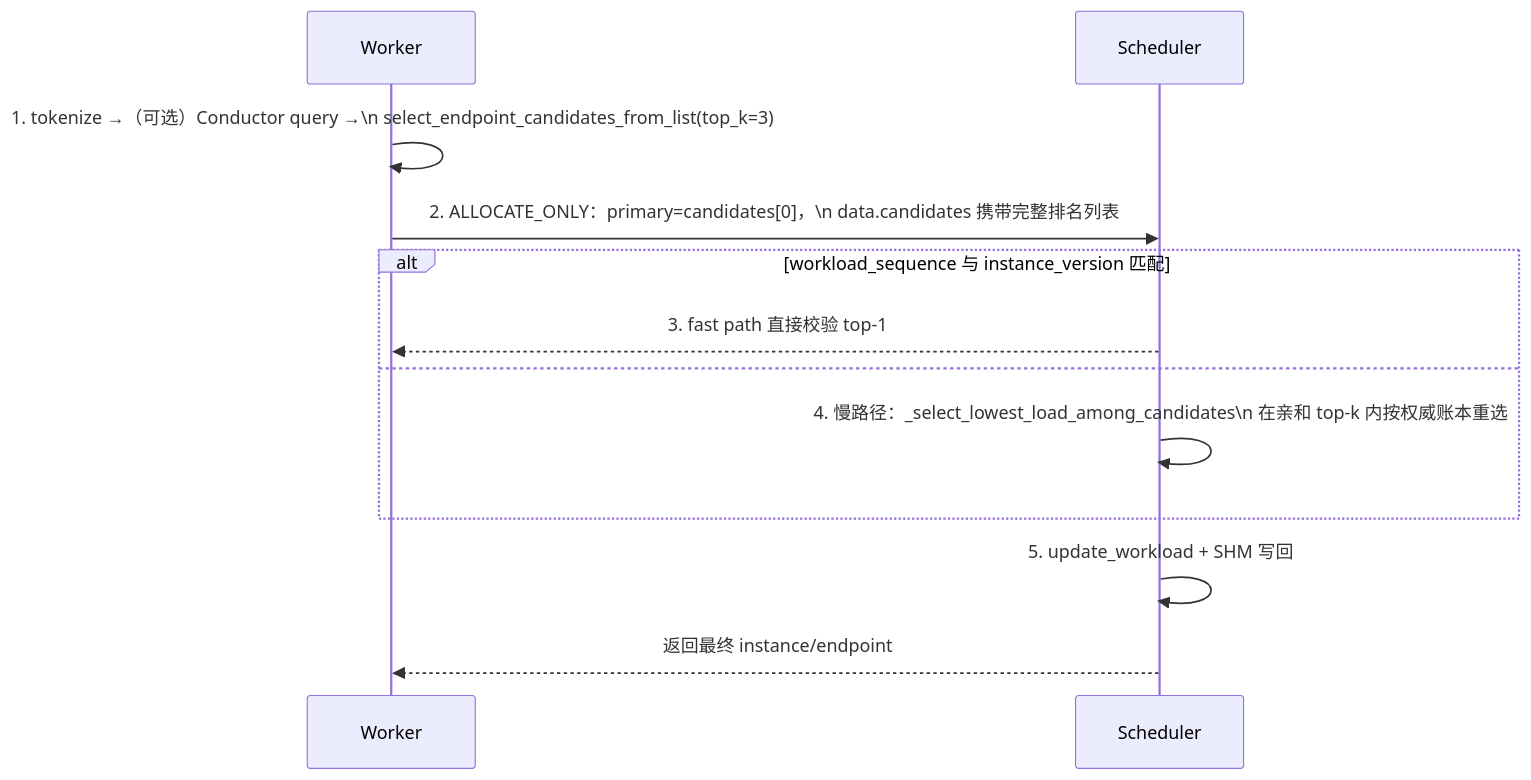
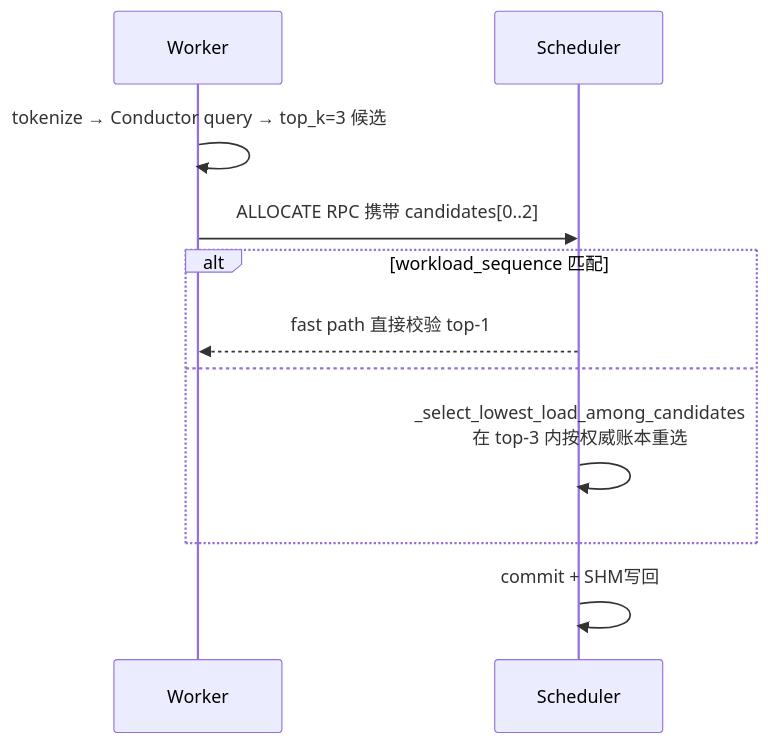
The second of 3 diagrams in docs/topics/kv-cache-affinity.md (Lyr-GW/interview-docs), drawn with Mermaid before and after one commit. The commit also changed other lines of this file and 19 other files, not shown here.

````diff
--- a/docs/topics/kv-cache-affinity.md
+++ b/docs/topics/kv-cache-affinity.md
@@ -352,15 +79,14 @@
 ```mermaid
 sequenceDiagram
     participant W as Worker
     participant S as Scheduler
 
-    W->>W: 1. tokenize →（可选）Conductor query →\n   select_endpoint_candidates_from_list(top_k=3)
-    W->>S: 2. ALLOCATE_ONLY：primary=candidates[0]，\n   data.candidates 携带完整排名列表
-    alt workload_sequence 与 instance_version 匹配
-        S-->>W: 3. fast path 直接校验 top-1
+    W->>W: tokenize → Conductor query → top_k=3 候选
+    W->>S: ALLOCATE RPC 携带 candidates[0..2]
+    alt workload_sequence 匹配
+        S-->>W: fast path 直接校验 top-1
     else
-        S->>S: 4. 慢路径：_select_lowest_load_among_candidates\n   在亲和 top-k 内按权威账本重选
+        S->>S: _select_lowest_load_among_candidates<br/>在 top-3 内按权威账本重选
     end
-    S->>S: 5. update_workload + SHM 写回
-    S-->>W: 返回最终 instance/endpoint
+    S->>S: commit + SHM写回
 ```
````
